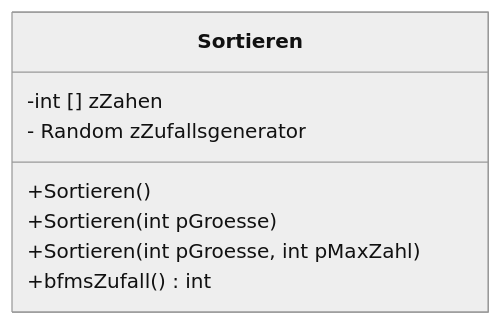
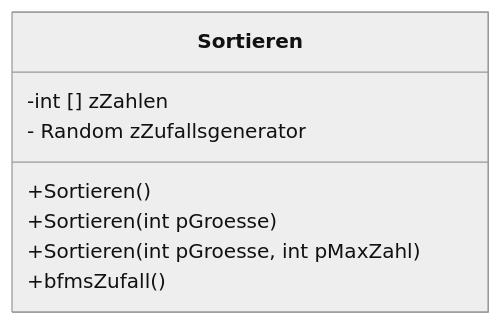
One commit to rueckertgym/help changed the diagram in book/05 Suchen und Sortieren.md. Above: the diagram before and after it, drawn with Mermaid (neutral theme).

Commit message:
Aktualisieren book/05 Suchen und Sortieren.md

```diff
--- a/book/05 Suchen und Sortieren.md
+++ b/book/05 Suchen und Sortieren.md
@@ -9,12 +9,12 @@
 :::mermaid
 classDiagram
     
     class Sortieren {
-      -int [] zZahen
+      -int [] zZahlen
       - Random zZufallsgenerator
       +Sortieren()
       +Sortieren(int pGroesse)
       +Sortieren(int pGroesse, int pMaxZahl)
-      +bfmsZufall() int
+      +bfmsZufall()
     }
 :::
```
